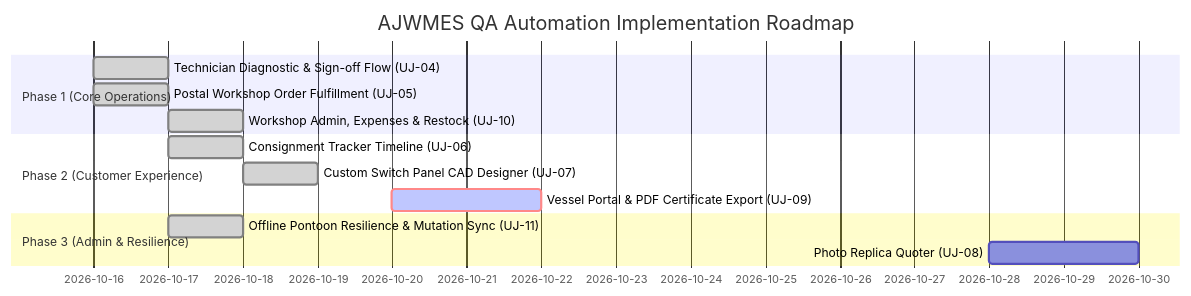
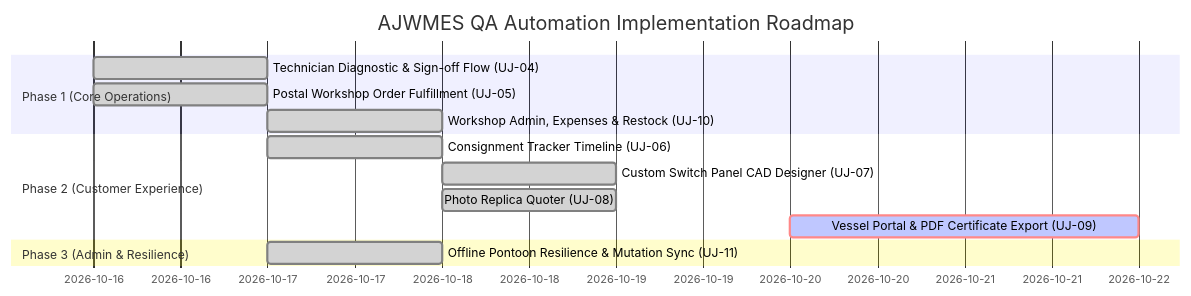
Before and after one commit to AnthonyWrather/ajwmes: the second of 2 diagrams in docs/E2E_USER_JOURNEYS.md, drawn with Mermaid. The commit also changed other lines of this file and 11 other files, not shown here.

First line of the commit message:
feat(replica): implement Weathered Switchboard Photo Replica Quoter (UJ-08)

````diff
--- a/docs/E2E_USER_JOURNEYS.md
+++ b/docs/E2E_USER_JOURNEYS.md
@@ -300,16 +337,16 @@
 ```mermaid
 gantt
     title AJWMES QA Automation Implementation Roadmap
     dateFormat  YYYY-MM-DD
     section Phase 1 (Core Operations)
     Technician Diagnostic & Sign-off Flow (UJ-04) :done, 2026-10-16, 1d
     Postal Workshop Order Fulfillment (UJ-05)     :done, 2026-10-16, 1d
     Workshop Admin, Expenses & Restock (UJ-10)    :done, 2026-10-17, 1d
     section Phase 2 (Customer Experience)
     Consignment Tracker Timeline (UJ-06)          :done, 2026-10-17, 1d
     Custom Switch Panel CAD Designer (UJ-07)      :done, 2026-10-18, 1d
+    Photo Replica Quoter (UJ-08)                  :done, 2026-10-18, 1d
     Vessel Portal & PDF Certificate Export (UJ-09):crit, active, 2026-10-20, 2d
     section Phase 3 (Admin & Resilience)
     Offline Pontoon Resilience & Mutation Sync (UJ-11):done, 2026-10-17, 1d
-    Photo Replica Quoter (UJ-08)                  :2026-10-28, 2d
 ```
````
